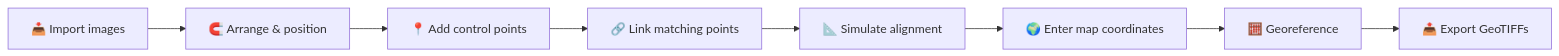
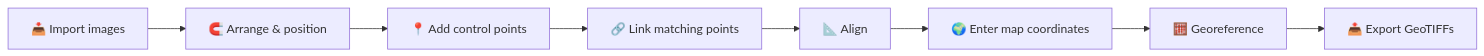
Before and after one commit to deltawitski/geostitch-vc: the diagram in README.md, drawn with Mermaid. The commit also changed other lines of this file and 27 other files, not shown here.

````diff
--- a/README.md
+++ b/README.md
@@ -58,10 +58,10 @@
 ```mermaid
 flowchart LR
     A[📥 Import images] --> B[🧲 Arrange & position]
     B --> C[📍 Add control points]
     C --> D[🔗 Link matching points]
-    D --> E[📐 Simulate alignment]
+    D --> E[📐 Align]
     E --> F[🌍 Enter map coordinates]
     F --> G[🧮 Georeference]
     G --> H[📤 Export GeoTIFFs]
 ```
````
